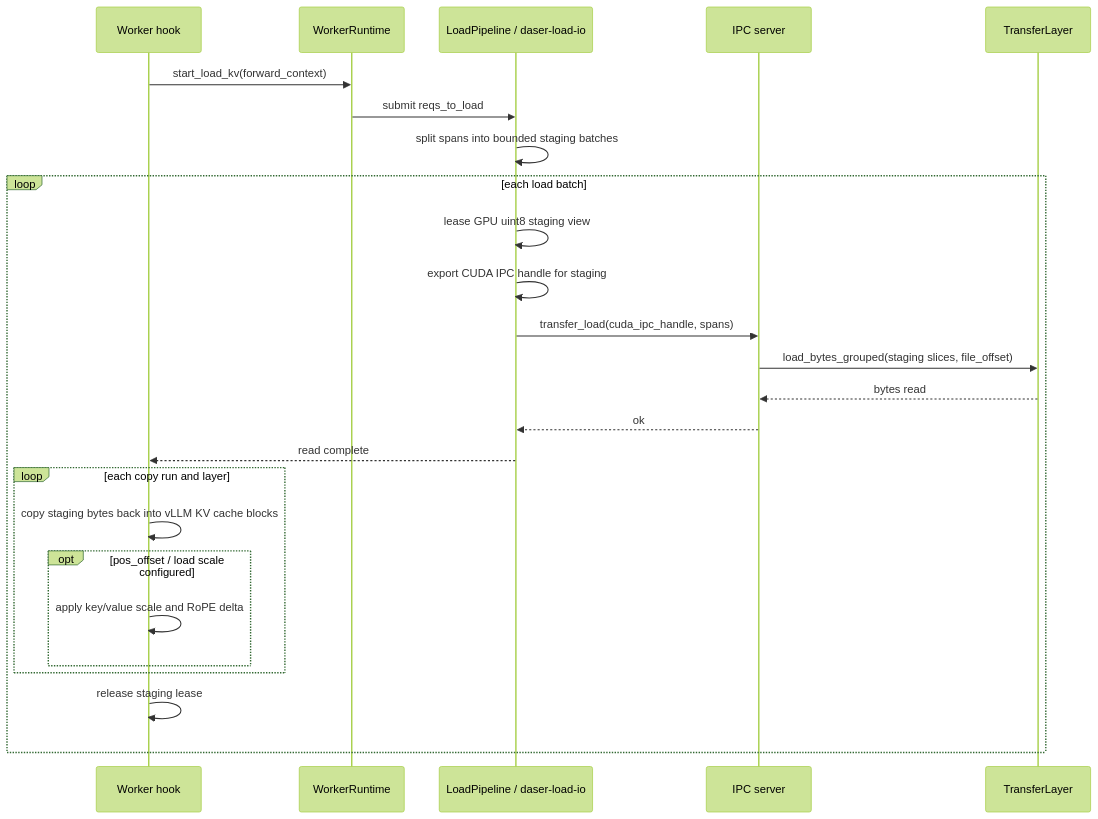
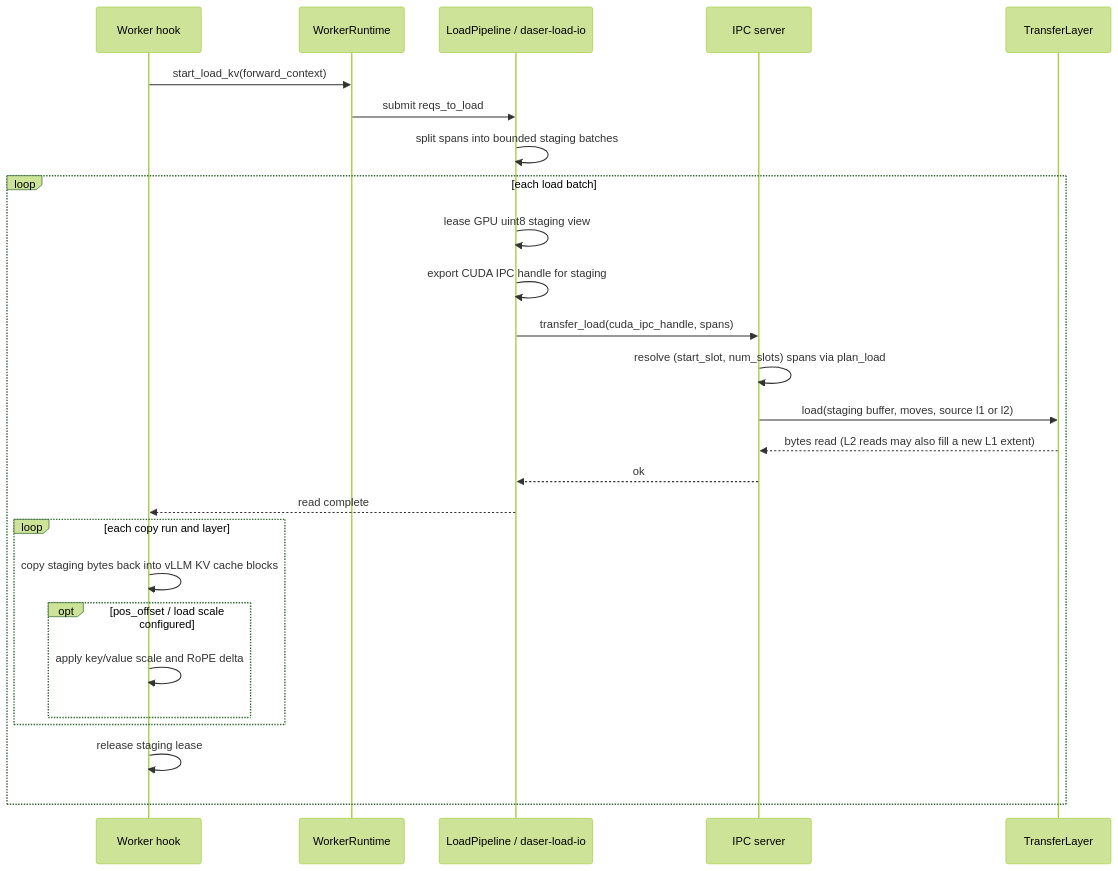
The seventh of 8 diagrams in docs/design/flows.md (7774596/DaseR), drawn with Mermaid (forest theme) before and after one commit. The commit also changed other lines of this file and 92 other files, not shown here.

````diff
--- a/docs/design/flows.md
+++ b/docs/design/flows.md
@@ -206,28 +210,29 @@
 ```mermaid
 sequenceDiagram
     participant W as Worker hook
     participant WR as WorkerRuntime
     participant BG as LoadPipeline / daser-load-io
     participant IPC as IPC server
     participant TL as TransferLayer
 
     W->>WR: start_load_kv(forward_context)
     WR->>BG: submit reqs_to_load
     BG->>BG: split spans into bounded staging batches
     loop each load batch
         BG->>BG: lease GPU uint8 staging view
         BG->>BG: export CUDA IPC handle for staging
         BG->>IPC: transfer_load(cuda_ipc_handle, spans)
-        IPC->>TL: load_bytes_grouped(staging slices, file_offset)
-        TL-->>IPC: bytes read
+        IPC->>IPC: resolve (start_slot, num_slots) spans via plan_load
+        IPC->>TL: load(staging buffer, moves, source l1 or l2)
+        TL-->>IPC: bytes read (L2 reads may also fill a new L1 extent)
         IPC-->>BG: ok
         BG-->>W: read complete
         loop each copy run and layer
             W->>W: copy staging bytes back into vLLM KV cache blocks
             opt pos_offset / load scale configured
                 W->>W: apply key/value scale and RoPE delta
             end
         end
         W->>W: release staging lease
     end
 ```
````
